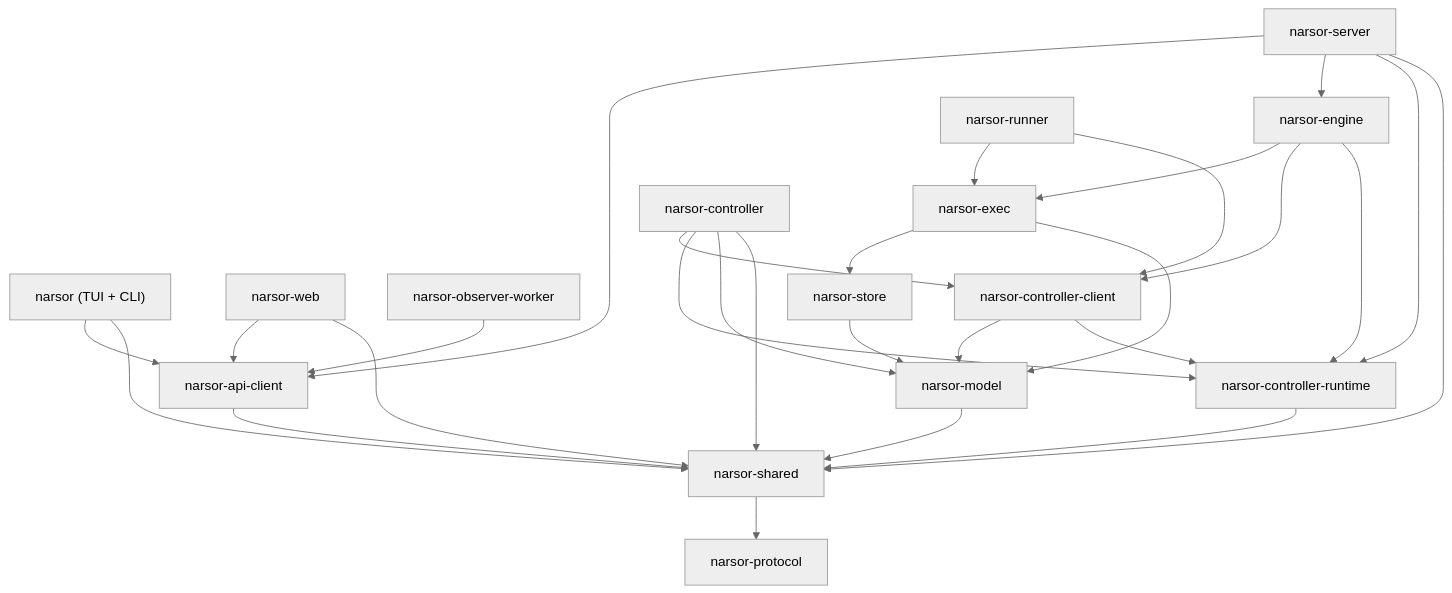
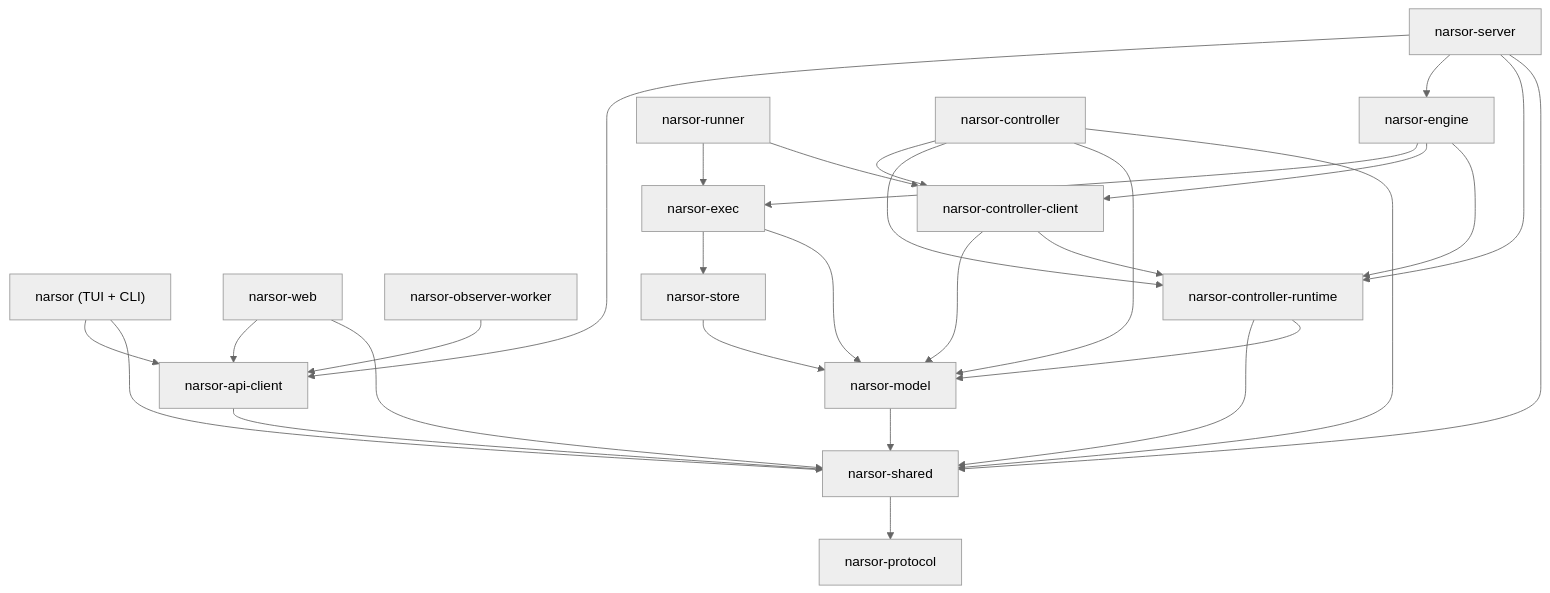
One commit to glakartur/narsor changed the first of 2 diagrams in docs/dev/components.md. Above: the diagram before and after it, drawn with Mermaid (neutral theme). The commit also changed other lines of this file and 19 other files, not shown here.

````diff
--- a/docs/dev/components.md
+++ b/docs/dev/components.md
@@ -33,30 +33,31 @@
 ```mermaid
 graph TD
   narsor["narsor (TUI + CLI)"] --> api[narsor-api-client]
   web[narsor-web] --> api
   obs[narsor-observer-worker] --> api
   server[narsor-server] --> api
   server --> engine[narsor-engine]
   server --> cr[narsor-controller-runtime]
   runner[narsor-runner] --> exec[narsor-exec]
   runner --> cc[narsor-controller-client]
   ctrl[narsor-controller] --> cc
   ctrl --> cr
   ctrl --> model
   engine --> exec
   engine --> cc
   engine --> cr
   exec --> store[narsor-store]
   exec --> model[narsor-model]
   store --> model
   cc --> model
   cc --> cr
   model --> shared[narsor-shared]
   ctrl --> shared
   api --> shared
   cr --> shared
+  cr --> model
   web --> shared
   narsor --> shared
   server --> shared
   shared --> protocol[narsor-protocol]
 ```
````
